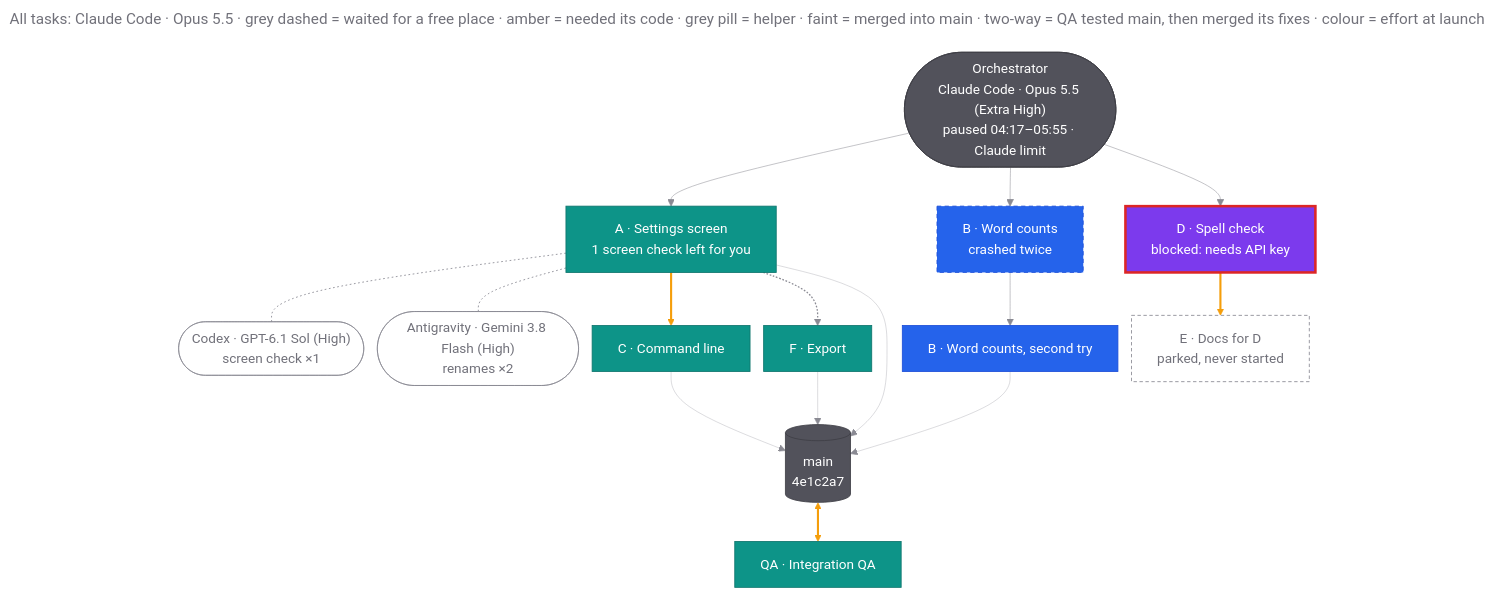
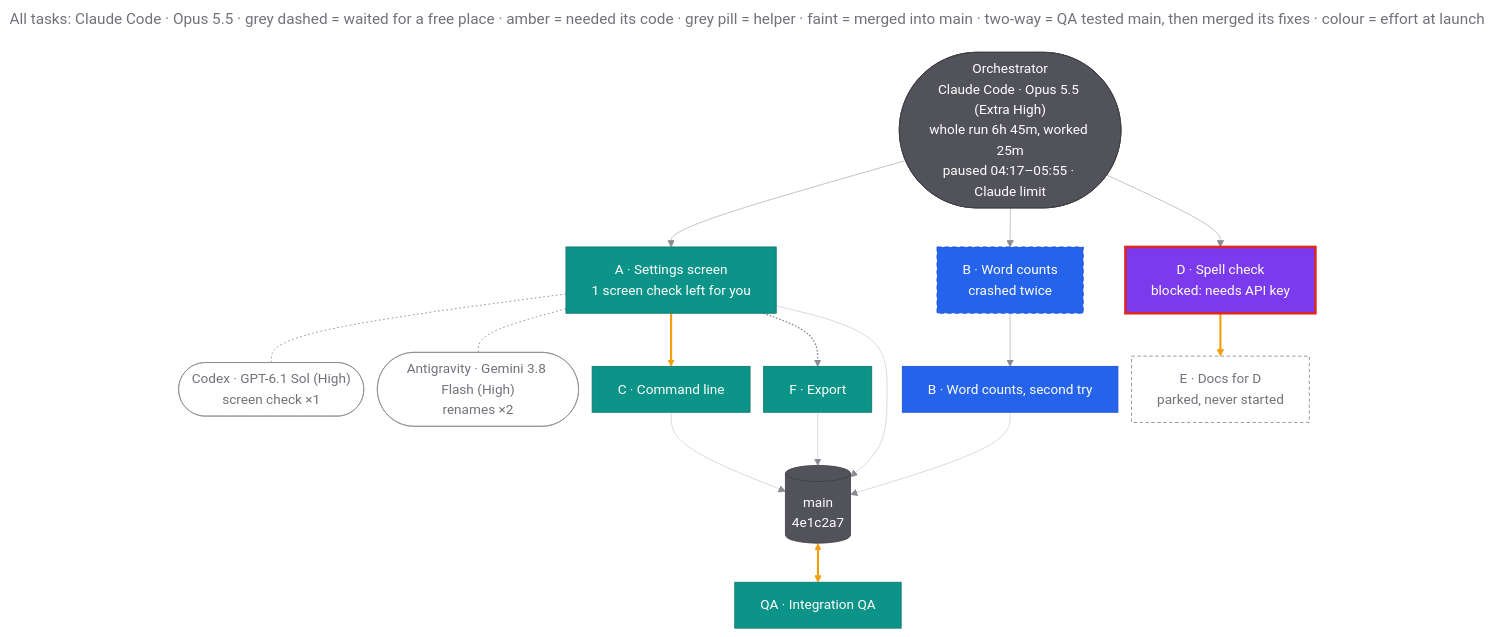
Before and after one commit to kristianbonnici/agent-skills: the first of 2 diagrams in skills/long-horizon-orchestrator/references/final-report.md, drawn with Mermaid. The commit also changed other lines of this file and 4 other files, not shown here.

First line of the commit message:
feat(skills): report the orchestrator's whole run and keep its thread pinned

````diff
--- a/skills/long-horizon-orchestrator/references/final-report.md
+++ b/skills/long-horizon-orchestrator/references/final-report.md
@@ -111,44 +114,44 @@
 ```mermaid
 ---
 title: "All tasks: Claude Code · Opus 5.5 · grey dashed = waited for a free place · amber = needed its code · grey pill = helper · faint = merged into main · two-way = QA tested main, then merged its fixes · colour = effort at launch"
 ---
 %%{init: {"theme": "base", "fontFamily": "Helvetica Neue, Helvetica, Arial, sans-serif", "themeVariables": {"titleColor": "#71717a", "textColor": "#71717a", "lineColor": "#8a8a93"}, "flowchart": {"curve": "basis", "nodeSpacing": 16, "rankSpacing": 46}}}%%
 flowchart TB
-  O(["Orchestrator<br/>Claude Code · Opus 5.5 (Extra High)<br/>paused 04:17–05:55 · Claude limit"]):::orch
+  O(["Orchestrator<br/>Claude Code · Opus 5.5 (Extra High)<br/>whole run 6h 45m, worked 25m<br/>paused 04:17–05:55 · Claude limit"]):::orch
   A["A · Settings screen<br/>1 screen check left for you"]:::high
   B1["B · Word counts<br/>crashed twice"]:::xhigh
   D["D · Spell check<br/>blocked: needs API key"]:::ultra
   HA(["Codex · GPT-6.1 Sol (High)<br/>screen check ×1"]):::helper
   HB(["Antigravity · Gemini 3.8 Flash (High)<br/>renames ×2"]):::helper
   B2["B · Word counts, second try"]:::xhigh
   C["C · Command line"]:::high
   F["F · Export"]:::high
   E["E · Docs for D<br/>parked, never started"]:::parked
   MAIN[("main<br/>4e1c2a7")]:::orch
   QA["QA · Integration QA"]:::high
   O --> A & B1 & D
   A -.- HA
   A -.- HB
   B1 --> B2
   A ==> C
   A -.-> F
   D ==> E
   A ---> MAIN
   B2 & C & F --> MAIN
   MAIN <==> QA
   classDef orch fill:#52525b,stroke:#3f3f46,color:#ffffff
   classDef ultra fill:#7c3aed,stroke:#6d28d9,color:#ffffff
   classDef xhigh fill:#2563eb,stroke:#1d4ed8,color:#ffffff
   classDef high fill:#0d9488,stroke:#0f766e,color:#ffffff
   classDef helper fill:transparent,stroke:#8a8a93,color:#71717a
   classDef parked fill:transparent,stroke:#8a8a93,stroke-dasharray:4 3,color:#71717a
   classDef blocked stroke:#dc2626,stroke-width:3px
   classDef replaced stroke-dasharray:5 4
   class D blocked
   class B1 replaced
   linkStyle 0,1,2,5 stroke:#8a8a93,stroke-width:1px,stroke-opacity:0.6
   linkStyle 3,4 stroke:#8a8a93,stroke-width:1px,stroke-dasharray:2 3
   linkStyle 7 stroke:#8a8a93,stroke-width:1.5px
   linkStyle 6,8,13 stroke:#f59e0b,stroke-width:2.5px
   linkStyle 9,10,11,12 stroke:#8a8a93,stroke-width:1px,stroke-opacity:0.35
 ```
````
